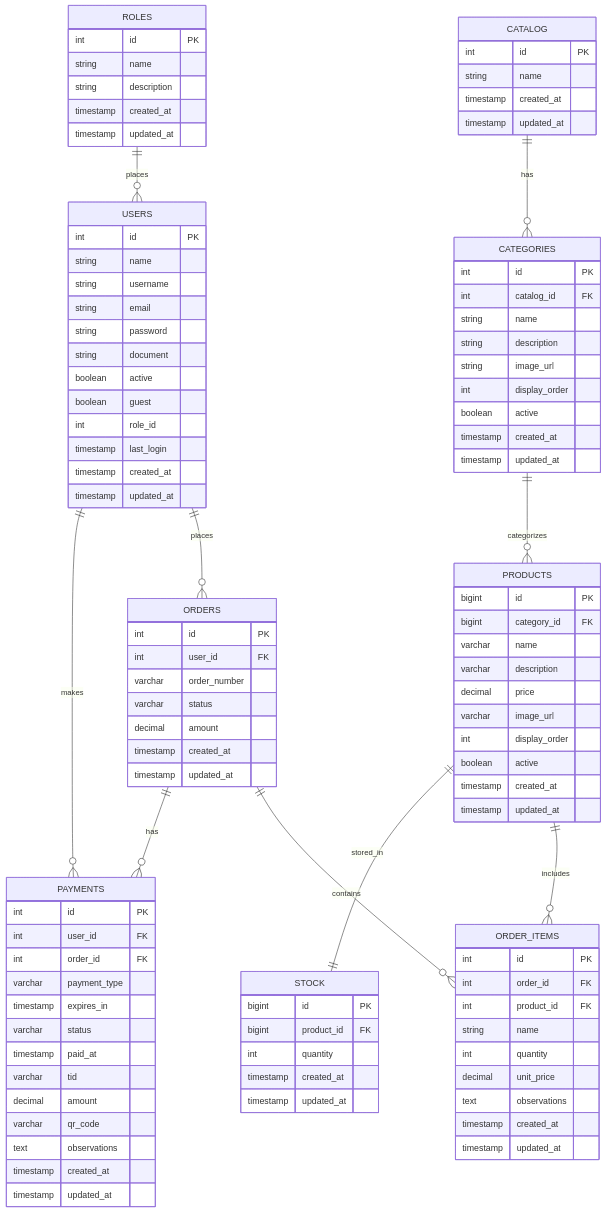
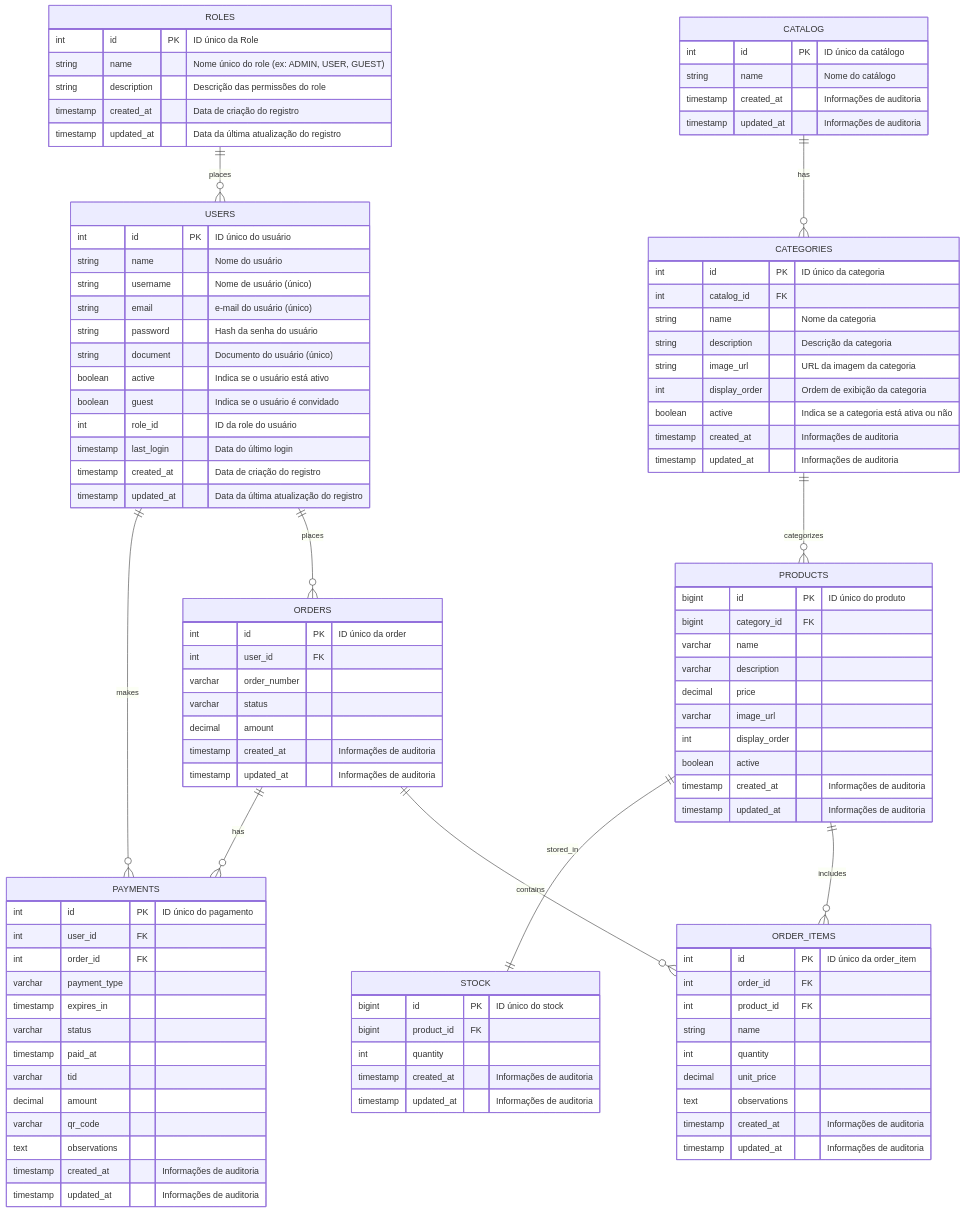
Before and after one commit to FIAP-SOAT-TECH-TEAM/foodcore-api: the fourth of 9 diagrams in README.md, drawn with Mermaid. The commit also changed other lines of this file, not shown here.

Commit message:
correção

````diff
--- a/README.md
+++ b/README.md
@@ -252,73 +252,72 @@
     CATALOG ||--o{ CATEGORIES : has
     CATEGORIES ||--o{ PRODUCTS : categorizes
     ORDERS ||--o{ PAYMENTS : has
-
     USERS {
-        int id PK
-        string name
-        string username
-        string email
-        string password
-        string document
-        boolean active
-        boolean guest
-        int role_id
-        timestamp last_login
-        timestamp created_at
-        timestamp updated_at
+        int id PK "ID único do usuário"
+        string name "Nome do usuário"
+        string username "Nome de usuário (único)"
+        string email "e-mail do usuário (único)"
+        string password "Hash da senha do usuário"
+        string document "Documento do usuário (único)"
+        boolean active "Indica se o usuário está ativo"
+        boolean guest "Indica se o usuário é convidado"
+        int role_id "ID da role do usuário"
+        timestamp last_login "Data do último login"
+        timestamp created_at "Data de criação do registro"
+        timestamp updated_at "Data da última atualização do registro"
     }
 
     ROLES {
-        int id PK
-        string name
-        string description
-        timestamp created_at
-        timestamp updated_at
+        int id PK "ID único da Role"
+        string name "Nome único do role (ex: ADMIN, USER, GUEST)"
+        string description "Descrição das permissões do role"
+        timestamp created_at "Data de criação do registro"
+        timestamp updated_at "Data da última atualização do registro"
     }
 
     ORDERS {
-        int id PK
+        int id PK "ID único da order"
         int user_id FK
         varchar order_number
         varchar status
         decimal amount
-        timestamp created_at
-        timestamp updated_at
+        timestamp created_at "Informações de auditoria"
+        timestamp updated_at "Informações de auditoria"
     }
 
     ORDER_ITEMS {
-        int id PK
+        int id PK "ID único da order_item"
         int order_id FK
         int product_id FK
         string name
         int quantity
         decimal unit_price
         text observations
-        timestamp created_at
-        timestamp updated_at
+        timestamp created_at "Informações de auditoria"
+        timestamp updated_at "Informações de auditoria"
     }
 
-    CATALOG {
-        int id PK
-        string name
-        timestamp created_at
-        timestamp updated_at
+    CATALOG{
+        int id PK "ID único da catálogo"
+        string name "Nome do catálogo"
+        timestamp created_at "Informações de auditoria"
+        timestamp updated_at "Informações de auditoria"
     }
 
-    CATEGORIES {
-        int id PK
+    CATEGORIES{
+        int id PK "ID único da categoria"
         int catalog_id FK
-        string name
-        string description
-        string image_url
-        int display_order
-        boolean active
-        timestamp created_at
-        timestamp updated_at
+        string name "Nome da categoria"
+        string description "Descrição da categoria"
+        string image_url "URL da imagem da categoria"
+        int display_order "Ordem de exibição da categoria"
+        boolean active "Indica se a categoria está ativa ou não"
+        timestamp created_at "Informações de auditoria"
+        timestamp updated_at "Informações de auditoria"
     }
 
     PRODUCTS {
-        bigint id PK
+        bigint id PK "ID único do produto"
         bigint category_id FK
         varchar name
         varchar description
@@ -326,20 +325,20 @@
         varchar image_url
         int display_order
         boolean active
-        timestamp created_at
-        timestamp updated_at
+        timestamp created_at "Informações de auditoria"
+        timestamp updated_at "Informações de auditoria"
     }
 
     STOCK {
-        bigint id PK
+        bigint id PK "ID único do stock"
         bigint product_id FK
         int quantity
-        timestamp created_at
-        timestamp updated_at
+        timestamp created_at "Informações de auditoria"
+        timestamp updated_at "Informações de auditoria"
     }
 
     PAYMENTS {
-        int id PK
+        int id PK "ID único do pagamento"
         int user_id FK
         int order_id FK
         varchar payment_type
@@ -350,8 +349,7 @@
         decimal amount
         varchar qr_code
         text observations
-        timestamp created_at
-        timestamp updated_at
+        timestamp created_at "Informações de auditoria"
+        timestamp updated_at "Informações de auditoria"
     }
-
 ```
````
